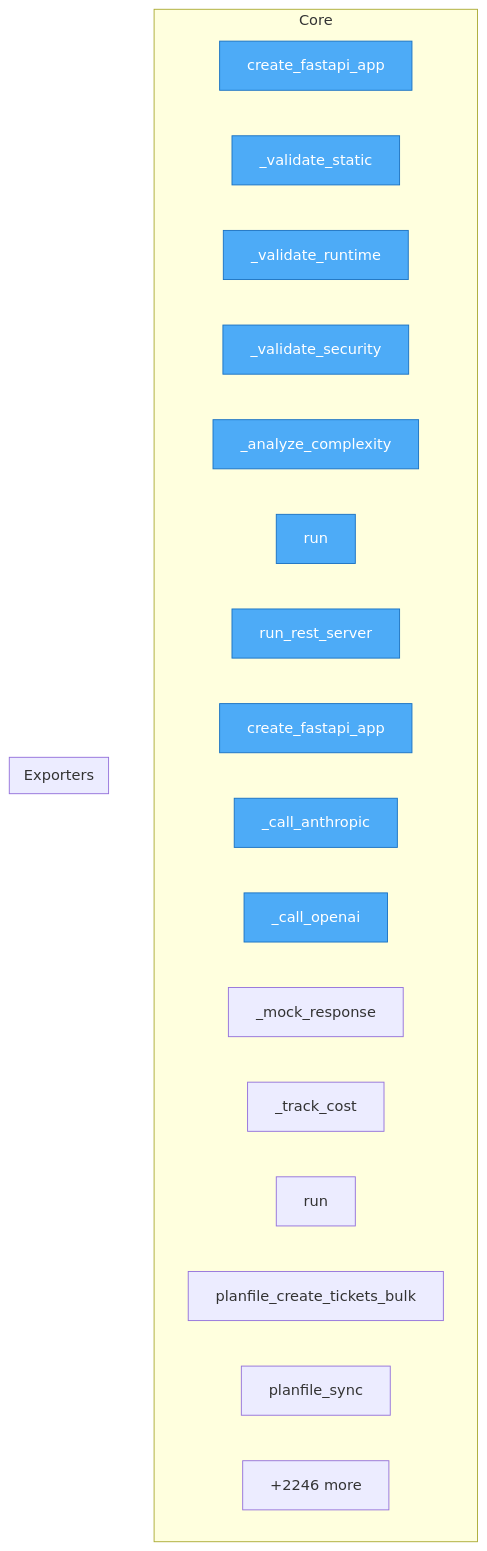
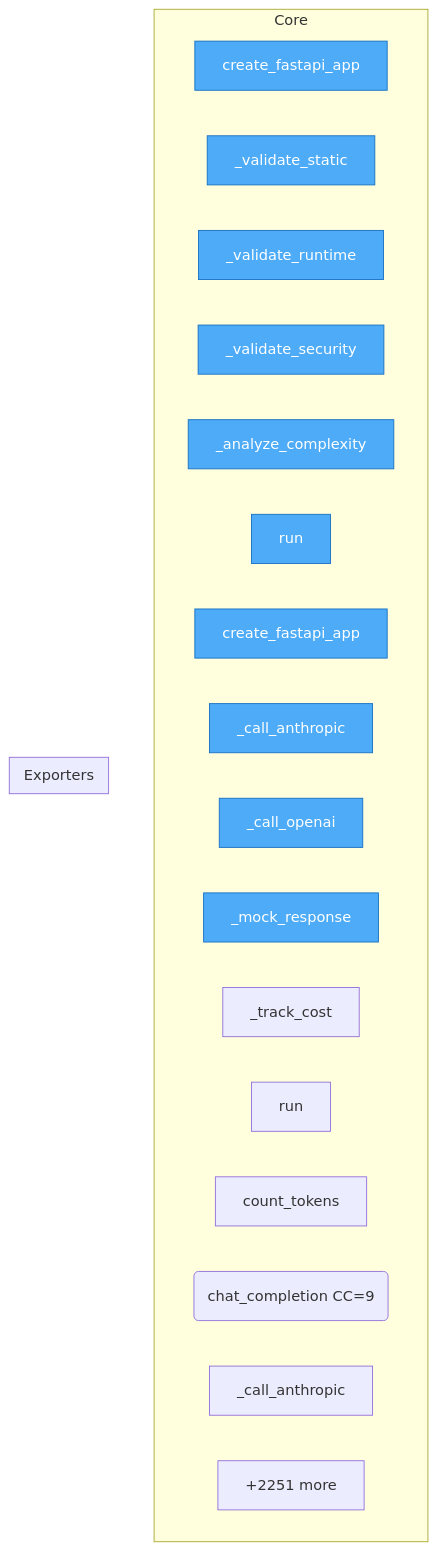
The diagram in project/flow.mmd (semcod/algitex), drawn with Mermaid before and after one commit. The commit also changed 31 other files, not shown here.

```diff
--- a/project/flow.mmd
+++ b/project/flow.mmd
@@ -1,28 +1,28 @@
 flowchart TD
 
     %% Entry points (blue)
     classDef entry fill:#4dabf7,stroke:#1971c2,color:#fff
 
     subgraph Core
         docker__vallm__vallm_server__VallmServer__create_fastapi_app["create_fastapi_app"]
         docker__vallm__vallm_server__VallmServer___validate_static["_validate_static"]
         docker__vallm__vallm_server__VallmServer___validate_runtime["_validate_runtime"]
         docker__vallm__vallm_server__VallmServer___validate_security["_validate_security"]
         docker__vallm__vallm_server__VallmServer___analyze_complexity["_analyze_complexity"]
         docker__vallm__vallm_server__VallmServer__run["run"]
-        docker__vallm__vallm_mcp_server__run_rest_server["run_rest_server"]
         docker__proxym__proxym_server__ProxymServer__create_fastapi_app["create_fastapi_app"]
         docker__proxym__proxym_server__ProxymServer___call_anthropic["_call_anthropic"]
         docker__proxym__proxym_server__ProxymServer___call_openai["_call_openai"]
         docker__proxym__proxym_server__ProxymServer___mock_response["_mock_response"]
         docker__proxym__proxym_server__ProxymServer___track_cost["_track_cost"]
         docker__proxym__proxym_server__ProxymServer__run["run"]
-        docker__planfile_mcp__planfile_mcp_server__planfile_create_tickets_bulk["planfile_create_tickets_bulk"]
-        docker__planfile_mcp__planfile_mcp_server__planfile_sync["planfile_sync"]
-        ...["+2246 more"]
+        docker__proxym__proxym_mcp_server__count_tokens["count_tokens"]
+        docker__proxym__proxym_mcp_server__chat_completion("chat_completion CC=9")
+        docker__proxym__proxym_mcp_server___call_anthropic["_call_anthropic"]
+        ...["+2251 more"]
     end
 
     subgraph Exporters
     end
 
-    class docker__vallm__vallm_server__VallmServer__create_fastapi_app,docker__vallm__vallm_server__VallmServer___validate_static,docker__vallm__vallm_server__VallmServer___validate_runtime,docker__vallm__vallm_server__VallmServer___validate_security,docker__vallm__vallm_server__VallmServer___analyze_complexity,docker__vallm__vallm_server__VallmServer__run,docker__vallm__vallm_mcp_server__run_rest_server,docker__proxym__proxym_server__ProxymServer__create_fastapi_app,docker__proxym__proxym_server__ProxymServer___call_anthropic,docker__proxym__proxym_server__ProxymServer___call_openai entry
+    class docker__vallm__vallm_server__VallmServer__create_fastapi_app,docker__vallm__vallm_server__VallmServer___validate_static,docker__vallm__vallm_server__VallmServer___validate_runtime,docker__vallm__vallm_server__VallmServer___validate_security,docker__vallm__vallm_server__VallmServer___analyze_complexity,docker__vallm__vallm_server__VallmServer__run,docker__proxym__proxym_server__ProxymServer__create_fastapi_app,docker__proxym__proxym_server__ProxymServer___call_anthropic,docker__proxym__proxym_server__ProxymServer___call_openai,docker__proxym__proxym_server__ProxymServer___mock_response entry
```
